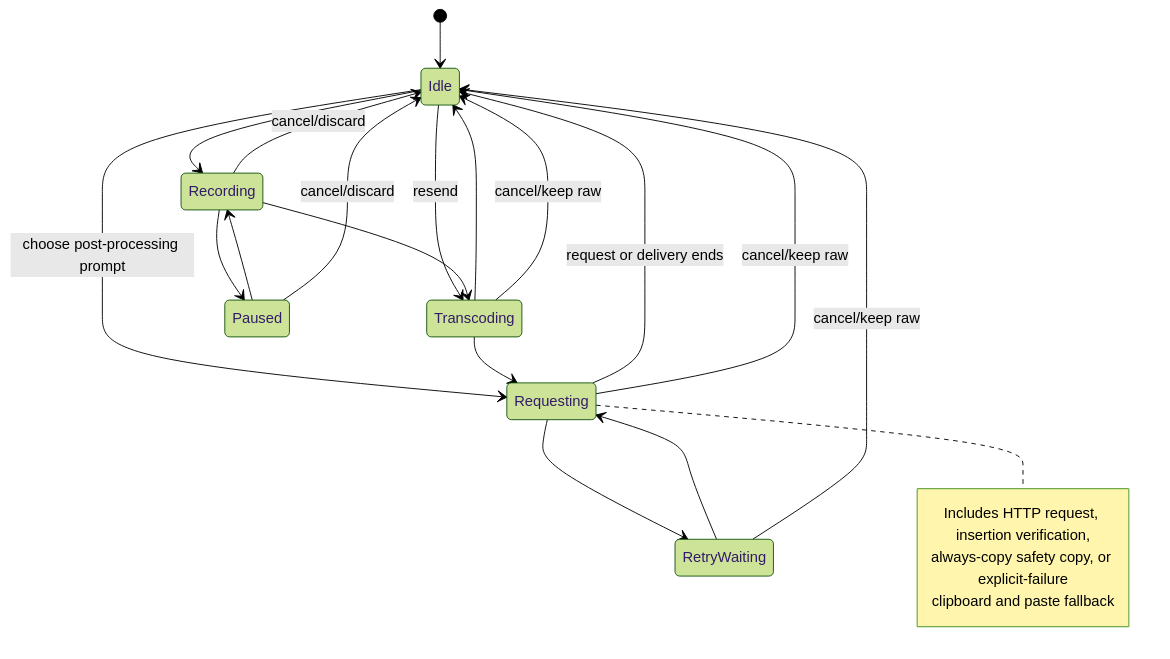
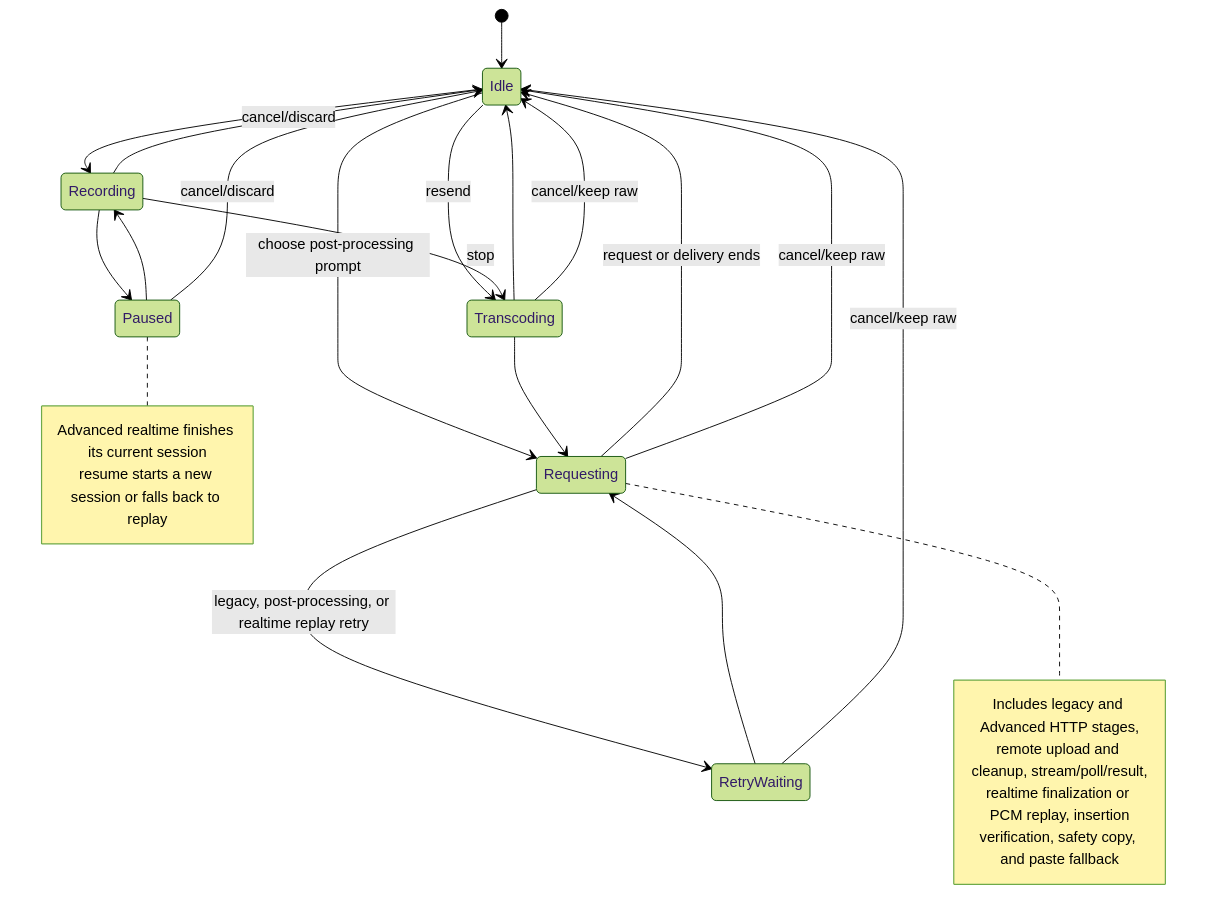
Before and after one commit to Joey-Kot/Dictate: the third of 3 diagrams in README.md, drawn with Mermaid (forest theme). The commit also changed other lines of this file and 103 other files, not shown here.

````diff
--- a/README.md
+++ b/README.md
@@ -171,25 +206,30 @@
 ```mermaid
 stateDiagram-v2
   [*] --> Idle
   Idle --> Recording
   Idle --> Transcoding: resend
   Idle --> Requesting: choose post-processing prompt
   Recording --> Paused
   Paused --> Recording
-  Recording --> Transcoding
+  Recording --> Transcoding: stop
   Transcoding --> Requesting
-  Requesting --> RetryWaiting
+  Requesting --> RetryWaiting: legacy, post-processing, or realtime replay retry
   RetryWaiting --> Requesting
   Requesting --> Idle: request or delivery ends
   Transcoding --> Idle
   Recording --> Idle: cancel/discard
   Paused --> Idle: cancel/discard
   Transcoding --> Idle: cancel/keep raw
   Requesting --> Idle: cancel/keep raw
   RetryWaiting --> Idle: cancel/keep raw
   note right of Requesting
-    Includes HTTP request, insertion verification,
-    always-copy safety copy, or explicit-failure
-    clipboard and paste fallback
+    Includes legacy and Advanced HTTP stages,
+    remote upload and cleanup, stream/poll/result,
+    realtime finalization or PCM replay, insertion
+    verification, safety copy, and paste fallback
+  end note
+  note right of Paused
+    Advanced realtime finishes its current session
+    resume starts a new session or falls back to replay
   end note
 ```
````
